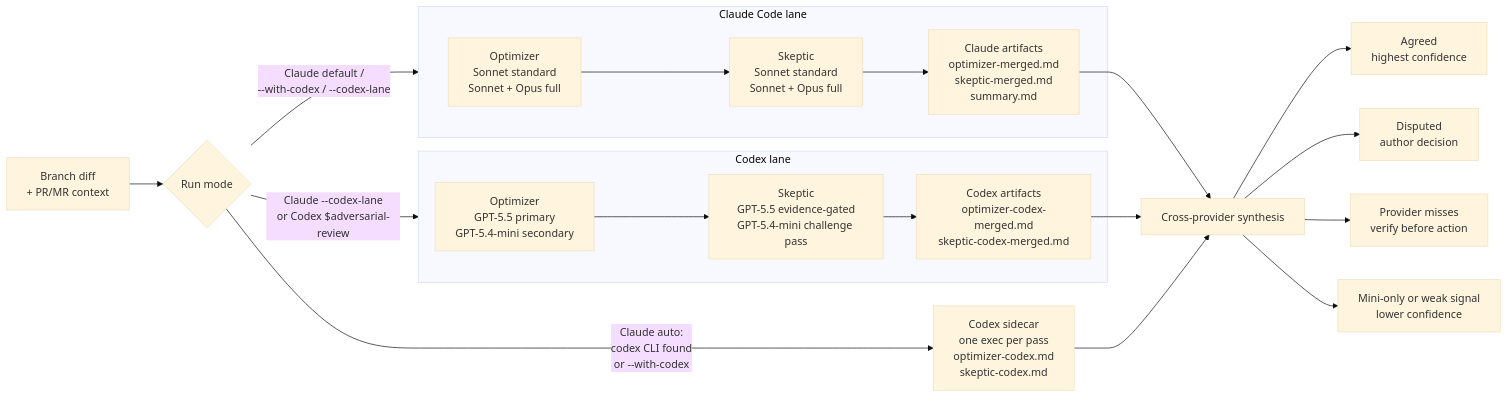
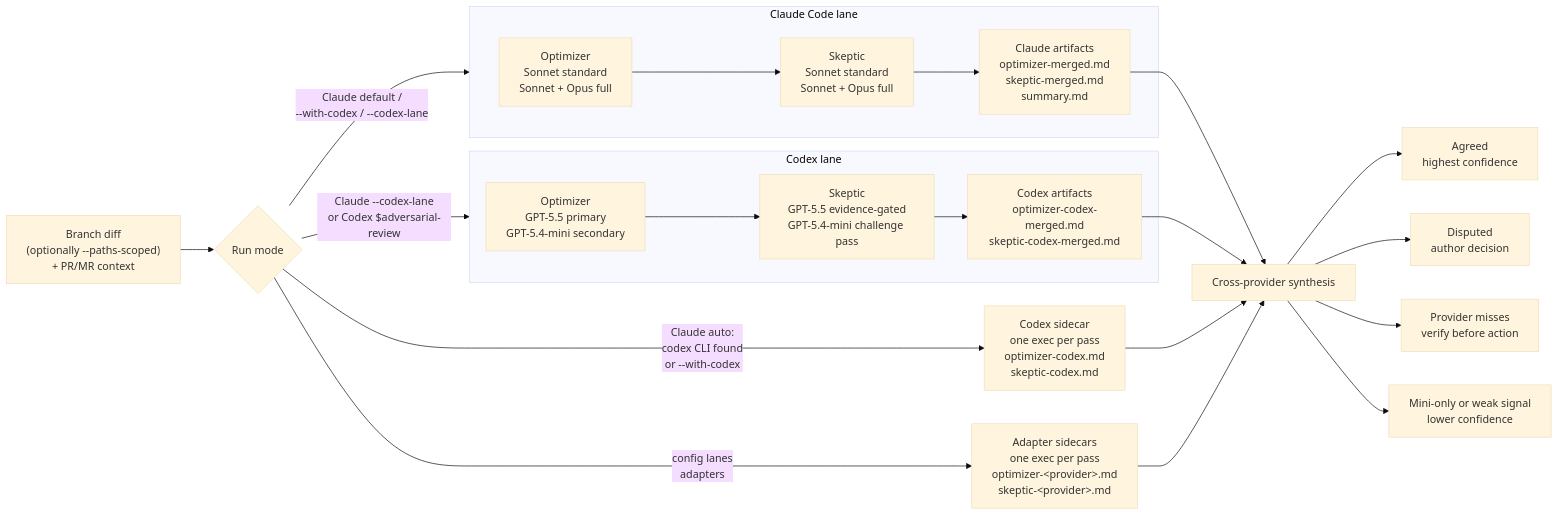
The second of 3 diagrams in README.md (ng/adversarial-review), drawn with Mermaid (base theme) before and after one commit. The commit also changed other lines of this file and 4 other files, not shown here.

First line of the commit message:
feat: add --paths review scoping and a cross-provider adapter registry (#32)

````diff
--- a/README.md
+++ b/README.md
@@ -241,29 +265,31 @@
 ```mermaid
 flowchart LR
-    Diff["Branch diff<br/>+ PR/MR context"] --> Mode{"Run mode"}
+    Diff["Branch diff<br/>(optionally --paths-scoped)<br/>+ PR/MR context"] --> Mode{"Run mode"}
     Mode -->|"Claude default /<br/>--with-codex / --codex-lane"| ClaudeLane
     Mode -->|"Claude auto:<br/>codex CLI found<br/>or --with-codex"| Sidecar["Codex sidecar<br/>one exec per pass<br/>optimizer-codex.md<br/>skeptic-codex.md"]
+    Mode -->|"config lanes<br/>adapters"| Adapters["Adapter sidecars<br/>one exec per pass<br/>optimizer-&lt;provider&gt;.md<br/>skeptic-&lt;provider&gt;.md"]
     Mode -->|"Claude --codex-lane<br/>or Codex $adversarial-review"| CodexLane
 
     subgraph ClaudeLane["Claude Code lane"]
         COpt["Optimizer<br/>Sonnet standard<br/>Sonnet + Opus full"]
         CSkp["Skeptic<br/>Sonnet standard<br/>Sonnet + Opus full"]
         CArt["Claude artifacts<br/>optimizer-merged.md<br/>skeptic-merged.md<br/>summary.md"]
         COpt --> CSkp --> CArt
     end
 
     subgraph CodexLane["Codex lane"]
         XOpt["Optimizer<br/>GPT-5.5 primary<br/>GPT-5.4-mini secondary"]
         XSkp["Skeptic<br/>GPT-5.5 evidence-gated<br/>GPT-5.4-mini challenge pass"]
         XArt["Codex artifacts<br/>optimizer-codex-merged.md<br/>skeptic-codex-merged.md"]
         XOpt --> XSkp --> XArt
     end
 
     CArt --> Cross["Cross-provider synthesis"]
     XArt --> Cross
     Sidecar --> Cross
+    Adapters --> Cross
     Cross --> Agree["Agreed<br/>highest confidence"]
     Cross --> Dispute["Disputed<br/>author decision"]
     Cross --> Missed["Provider misses<br/>verify before action"]
     Cross --> Lower["Mini-only or weak signal<br/>lower confidence"]
 ```
````
